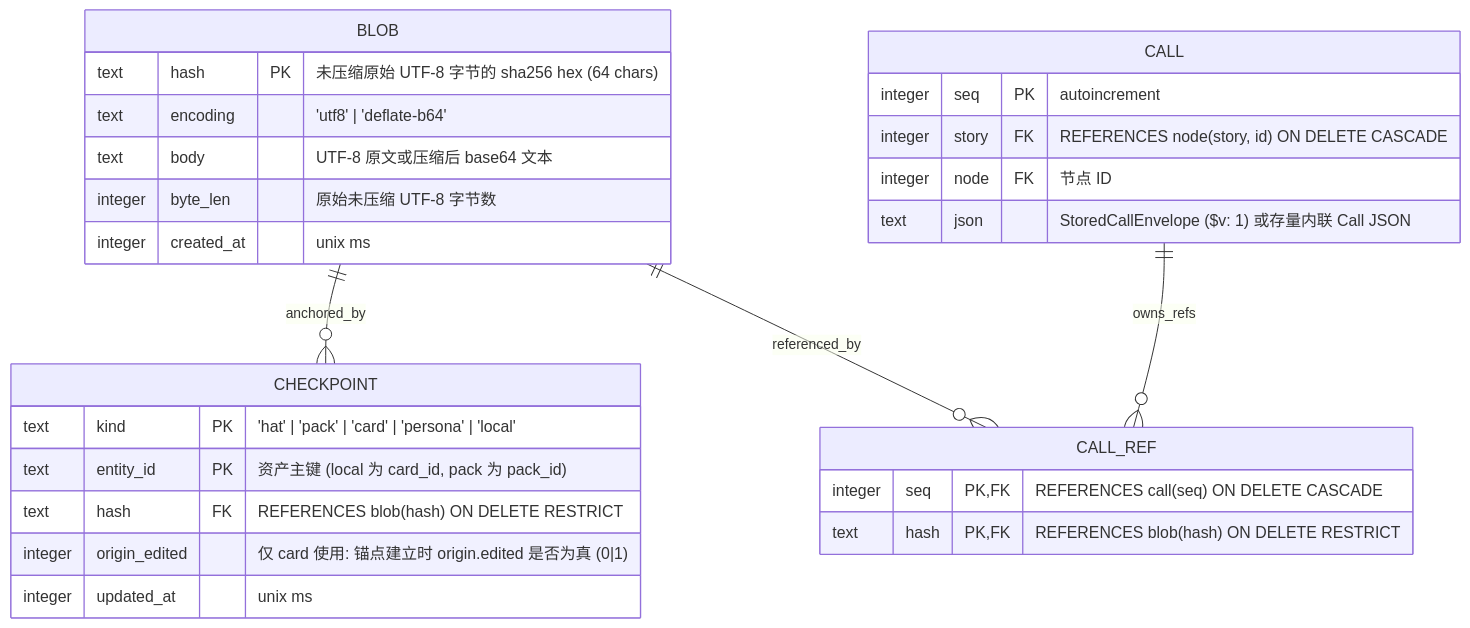
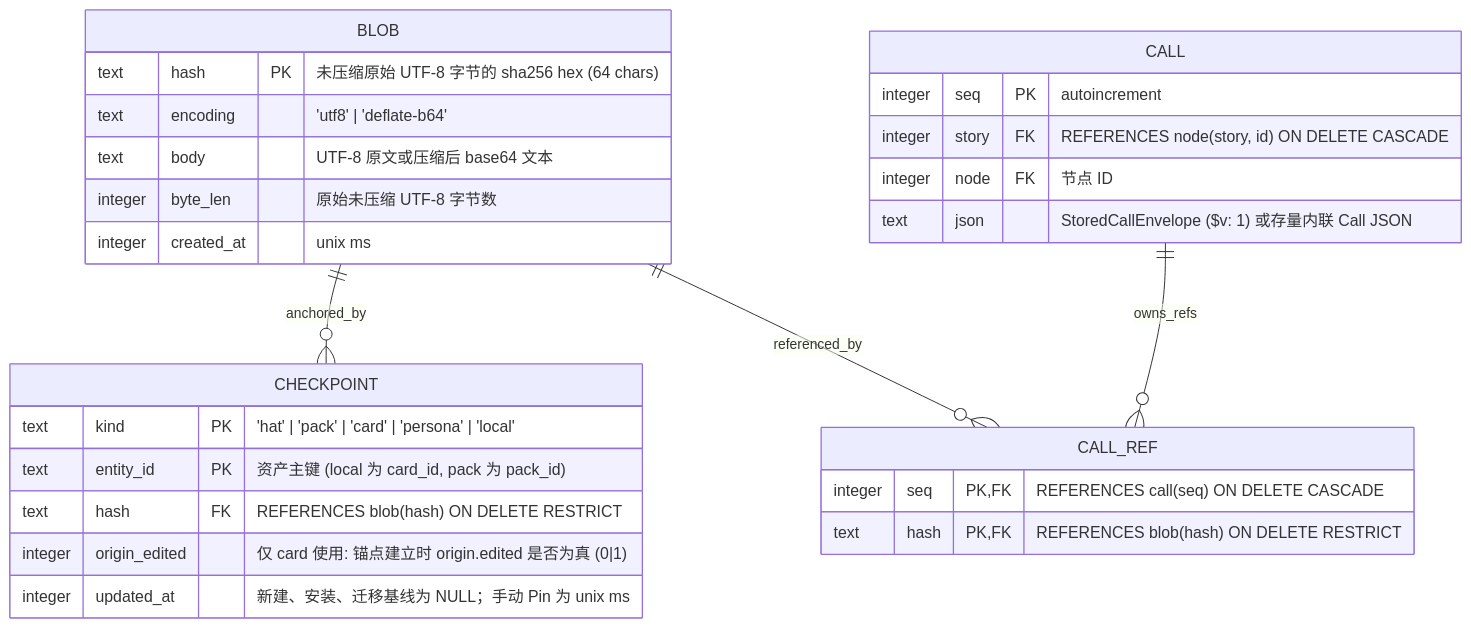
One commit to piepiaspace/effect-tavern changed the fourth of 4 diagrams in docs/storage-brief.md. Above: the diagram before and after it, drawn with Mermaid. The commit also changed other lines of this file and 19 other files, not shown here.

````diff
--- a/docs/storage-brief.md
+++ b/docs/storage-brief.md
@@ -162,34 +162,34 @@
 ```mermaid
 erDiagram
   BLOB {
     text hash PK "未压缩原始 UTF-8 字节的 sha256 hex (64 chars)"
     text encoding "'utf8' | 'deflate-b64'"
     text body "UTF-8 原文或压缩后 base64 文本"
     integer byte_len "原始未压缩 UTF-8 字节数"
     integer created_at "unix ms"
   }
 
   CHECKPOINT {
     text kind PK "'hat' | 'pack' | 'card' | 'persona' | 'local'"
     text entity_id PK "资产主键 (local 为 card_id, pack 为 pack_id)"
     text hash FK "REFERENCES blob(hash) ON DELETE RESTRICT"
     integer origin_edited "仅 card 使用: 锚点建立时 origin.edited 是否为真 (0|1)"
-    integer updated_at "unix ms"
+    integer updated_at "新建、安装、迁移基线为 NULL；手动 Pin 为 unix ms"
   }
 
   CALL {
     integer seq PK "autoincrement"
     integer story FK "REFERENCES node(story, id) ON DELETE CASCADE"
     integer node FK "节点 ID"
     text json "StoredCallEnvelope ($v: 1) 或存量内联 Call JSON"
   }
 
   CALL_REF {
     integer seq PK,FK "REFERENCES call(seq) ON DELETE CASCADE"
     text hash PK,FK "REFERENCES blob(hash) ON DELETE RESTRICT"
   }
 
   BLOB ||--o{ CHECKPOINT : "anchored_by"
   BLOB ||--o{ CALL_REF : "referenced_by"
   CALL ||--o{ CALL_REF : "owns_refs"
 ```
````
